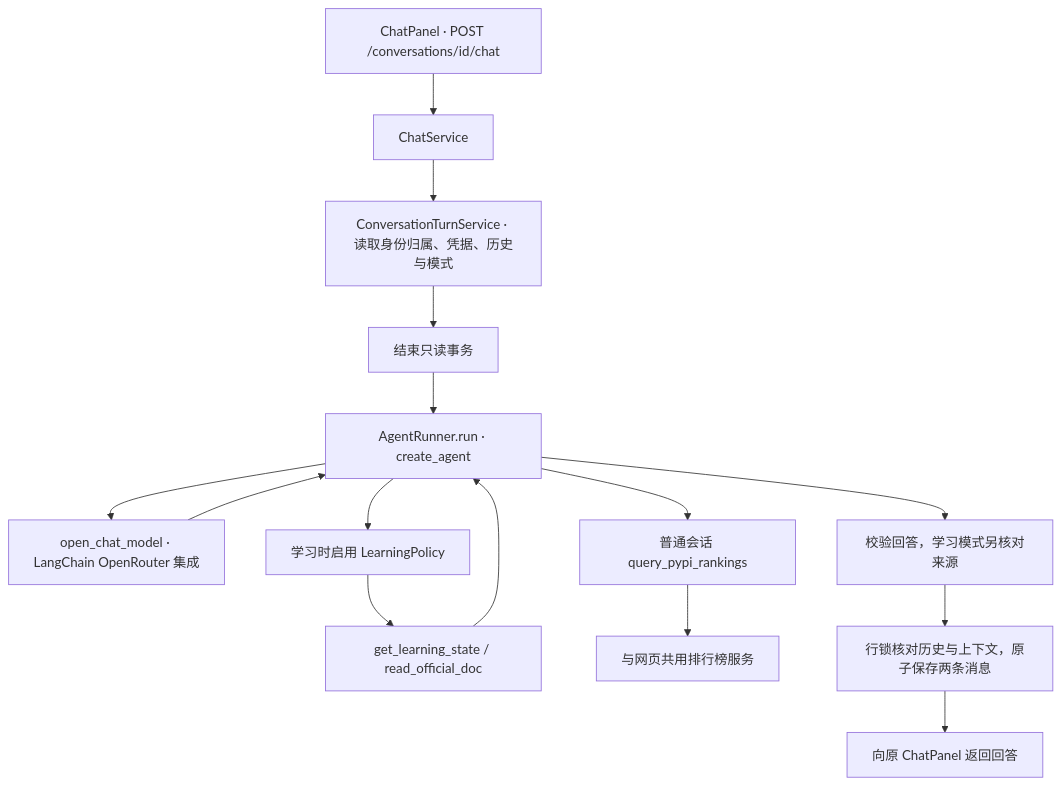
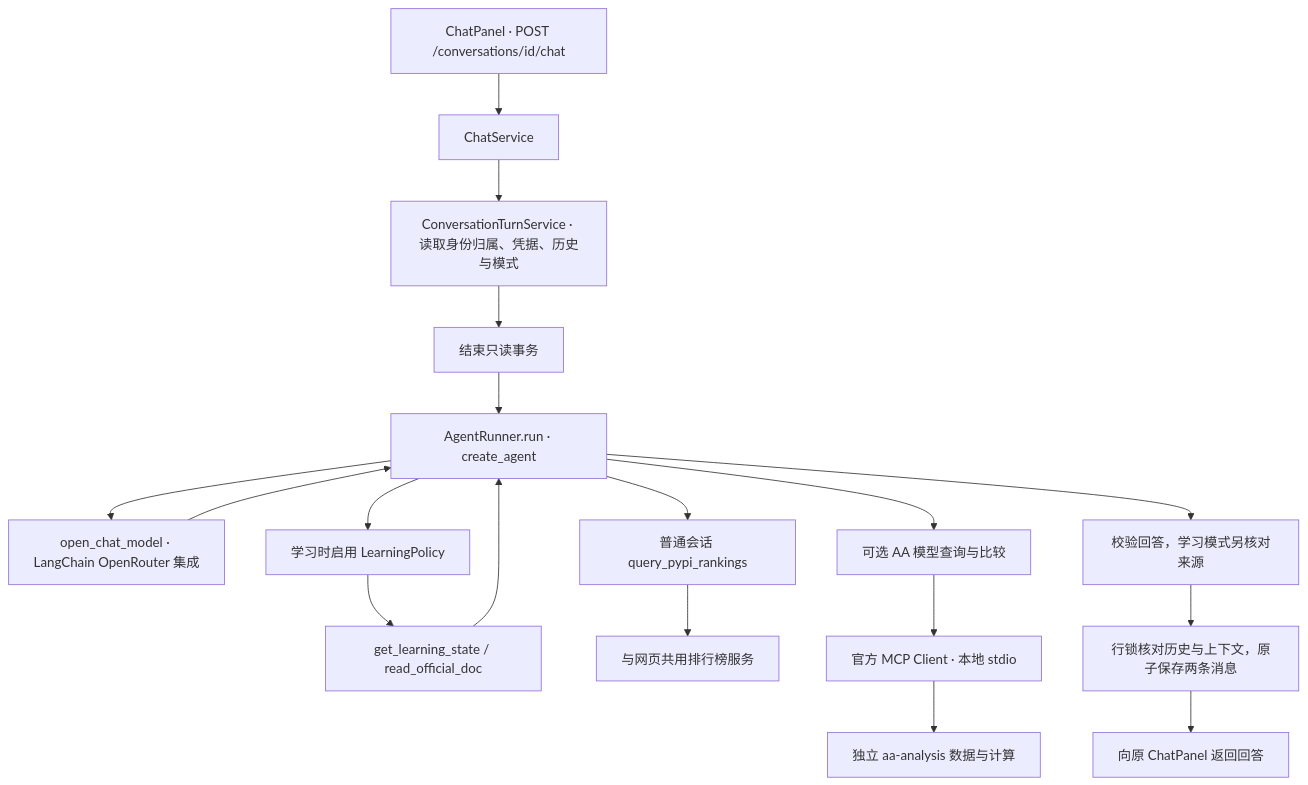
The diagram in docs/agent-runtime.md (byxsssn/ai-workspace), drawn with Mermaid before and after one commit. The commit also changed other lines of this file and 14 other files, not shown here.

Commit message:
feat: 通过本地 MCP 接入 AA 模型查询与比较

````diff
--- a/docs/agent-runtime.md
+++ b/docs/agent-runtime.md
@@ -9,17 +9,20 @@
 ```mermaid
 flowchart TD
     Request[ChatPanel · POST /conversations/id/chat] --> Chat[ChatService]
     Chat --> Read[ConversationTurnService · 读取身份归属、凭据、历史与模式]
     Read --> End[结束只读事务]
     End --> Runner[AgentRunner.run · create_agent]
     Runner --> Factory[open_chat_model · LangChain OpenRouter 集成]
     Runner --> Policy[学习时启用 LearningPolicy]
     Policy --> Tools[get_learning_state / read_official_doc]
     Tools --> Runner
     Runner --> Rankings[普通会话 query_pypi_rankings]
     Rankings --> PublicData[与网页共用排行榜服务]
+    Runner --> AA[可选 AA 模型查询与比较]
+    AA --> MCP[官方 MCP Client · 本地 stdio]
+    MCP --> AAService[独立 aa-analysis 数据与计算]
     Factory --> Runner
     Runner --> Check[校验回答，学习模式另核对来源]
     Check --> Save[行锁核对历史与上下文，原子保存两条消息]
     Save --> Reply[向原 ChatPanel 返回回答]
 ```
````
